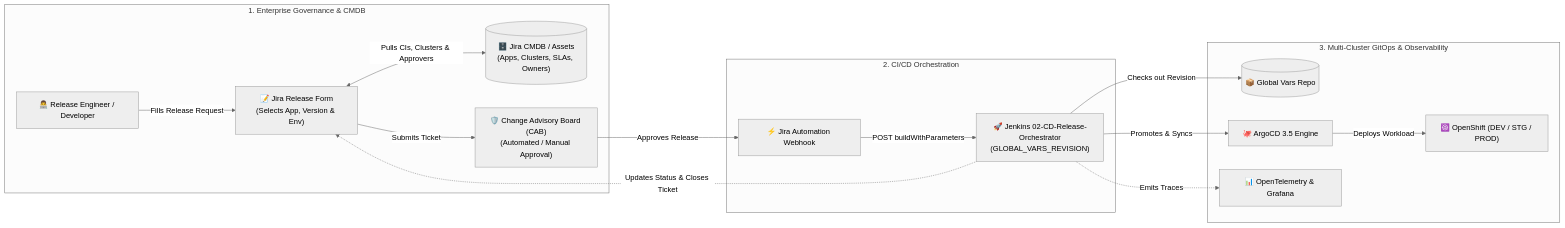
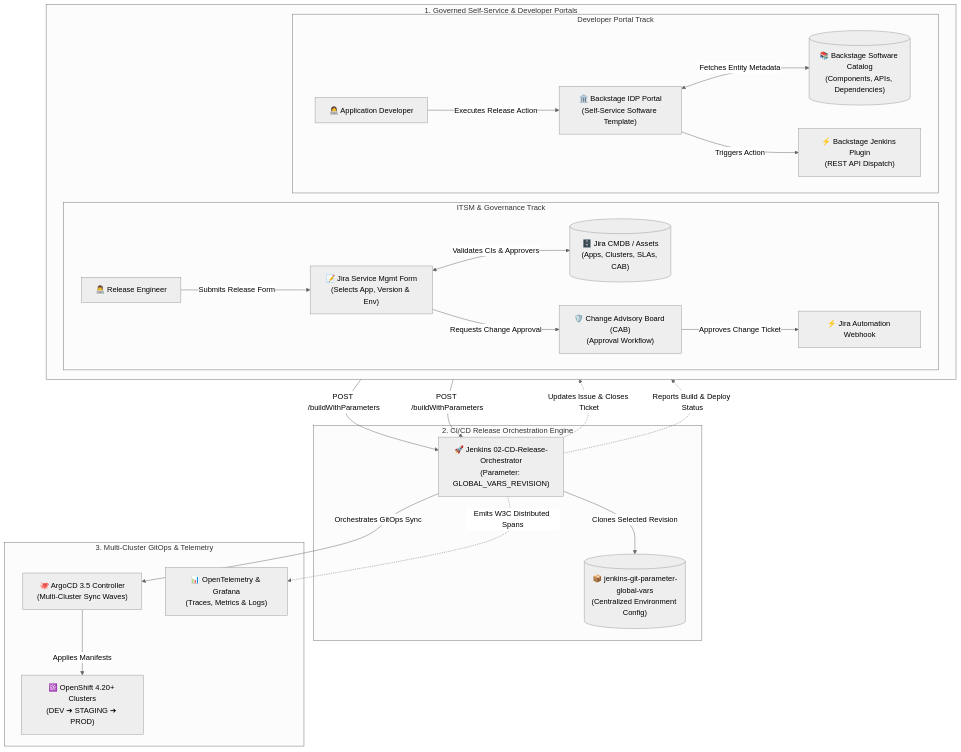
The fourth of 4 diagrams in README.md (nubenetes/jenkins-git-parameter), drawn with Mermaid (neutral theme) before and after one commit. The commit also changed other lines of this file, not shown here.

Commit message:
docs: include Backstage IDP in Scenario C diagram and refine all mermaid formatting

````diff
--- a/README.md
+++ b/README.md
@@ -468,32 +468,49 @@
 ```mermaid
-flowchart LR
-    subgraph GovernanceLayer["1. Enterprise Governance & CMDB"]
-        JiraUser["👨‍💻 Release Engineer / Developer"]
-        JiraForm["📝 Jira Release Form<br>(Selects App, Version & Env)"]
-        CMDB[("🗄️ Jira CMDB / Assets<br>(Apps, Clusters, SLAs, Owners)")]
-        CAB["🛡️ Change Advisory Board (CAB)<br>(Automated / Manual Approval)"]
+flowchart TB
+    subgraph SelfServicePortals["1. Governed Self-Service & Developer Portals"]
+        direction LR
+        subgraph JiraTrack["ITSM & Governance Track"]
+            JiraUser["👨‍💻 Release Engineer"]
+            JiraForm["📝 Jira Service Mgmt Form<br/>(Selects App, Version & Env)"]
+            CMDB[("🗄️ Jira CMDB / Assets<br/>(Apps, Clusters, SLAs, CAB)")]
+            CAB["🛡️ Change Advisory Board (CAB)<br/>(Approval Workflow)"]
+            JiraWebhook["⚡ Jira Automation Webhook"]
+        end
+
+        subgraph BackstageTrack["Developer Portal Track"]
+            DevUser["👩‍💻 Application Developer"]
+            BackstageUI["🏛️ Backstage IDP Portal<br/>(Self-Service Software Template)"]
+            BackstageCatalog[("📚 Backstage Software Catalog<br/>(Components, APIs, Dependencies)")]
+            BackstagePlugin["⚡ Backstage Jenkins Plugin<br/>(REST API Dispatch)"]
+        end
     end
 
-    subgraph OrchestrationLayer["2. CI/CD Orchestration"]
-        JiraAutomation["⚡ Jira Automation Webhook"]
-        JenkinsCD["🚀 Jenkins 02-CD-Release-Orchestrator<br>(GLOBAL_VARS_REVISION)"]
+    subgraph CI_CD_Layer["2. CI/CD Release Orchestration Engine"]
+        JenkinsCD["🚀 Jenkins 02-CD-Release-Orchestrator<br/>(Parameter: GLOBAL_VARS_REVISION)"]
+        GlobalVars[("📦 jenkins-git-parameter-global-vars<br/>(Centralized Environment Config)")]
     end
 
-    subgraph GitOpsDeploymentLayer["3. Multi-Cluster GitOps & Observability"]
-        GlobalVars[("📦 Global Vars Repo")]
-        Argo["🐙 ArgoCD 3.5 Engine"]
-        OCP["☸️ OpenShift (DEV / STG / PROD)"]
-        OTel["📊 OpenTelemetry & Grafana"]
+    subgraph DeploymentObservabilityLayer["3. Multi-Cluster GitOps & Telemetry"]
+        Argo["🐙 ArgoCD 3.5 Controller<br/>(Multi-Cluster Sync Waves)"]
+        OCP["☸️ OpenShift 4.20+ Clusters<br/>(DEV ➔ STAGING ➔ PROD)"]
+        OTel["📊 OpenTelemetry & Grafana<br/>(Traces, Metrics & Logs)"]
     end
 
-    JiraUser -->|Fills Release Request| JiraForm
-    JiraForm <-->|Pulls CIs, Clusters & Approvers| CMDB
-    JiraForm -->|Submits Ticket| CAB
-    CAB -->|Approves Release| JiraAutomation
-    JiraAutomation -->|POST buildWithParameters| JenkinsCD
-    JenkinsCD -->|Checks out Revision| GlobalVars
-    JenkinsCD -->|Promotes & Syncs| Argo
-    Argo -->|Deploys Workload| OCP
-    JenkinsCD -.->|Emits Traces| OTel
-    JenkinsCD -.->|Updates Status & Closes Ticket| JiraForm
+    JiraUser -->|Submits Release Form| JiraForm
+    JiraForm <-->|Validates CIs & Approvers| CMDB
+    JiraForm -->|Requests Change Approval| CAB
+    CAB -->|Approves Change Ticket| JiraWebhook
+    JiraWebhook -->|POST /buildWithParameters| JenkinsCD
+
+    DevUser -->|Executes Release Action| BackstageUI
+    BackstageUI <-->|Fetches Entity Metadata| BackstageCatalog
+    BackstageUI -->|Triggers Action| BackstagePlugin
+    BackstagePlugin -->|POST /buildWithParameters| JenkinsCD
+
+    JenkinsCD -->|Clones Selected Revision| GlobalVars
+    JenkinsCD -->|Orchestrates GitOps Sync| Argo
+    Argo -->|Applies Manifests| OCP
+    JenkinsCD -.->|Emits W3C Distributed Spans| OTel
+    JenkinsCD -.->|Updates Issue & Closes Ticket| JiraForm
+    JenkinsCD -.->|Reports Build & Deploy Status| BackstageUI
 ```
````
